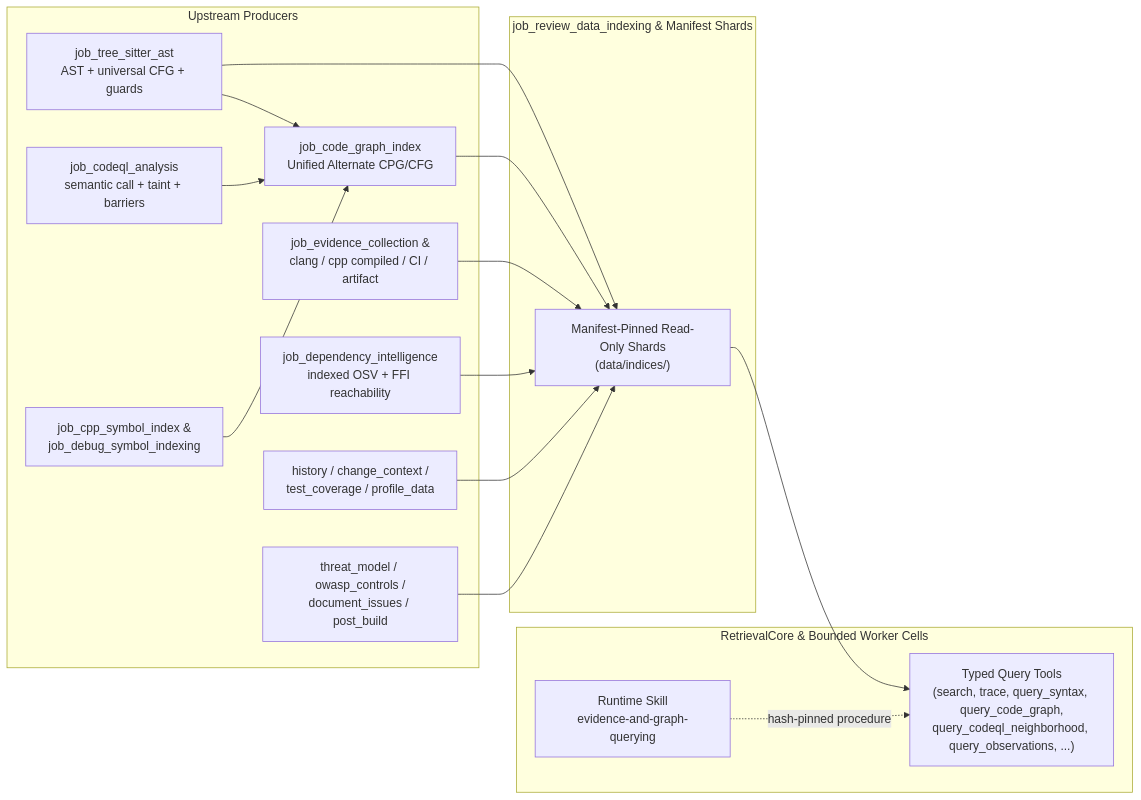
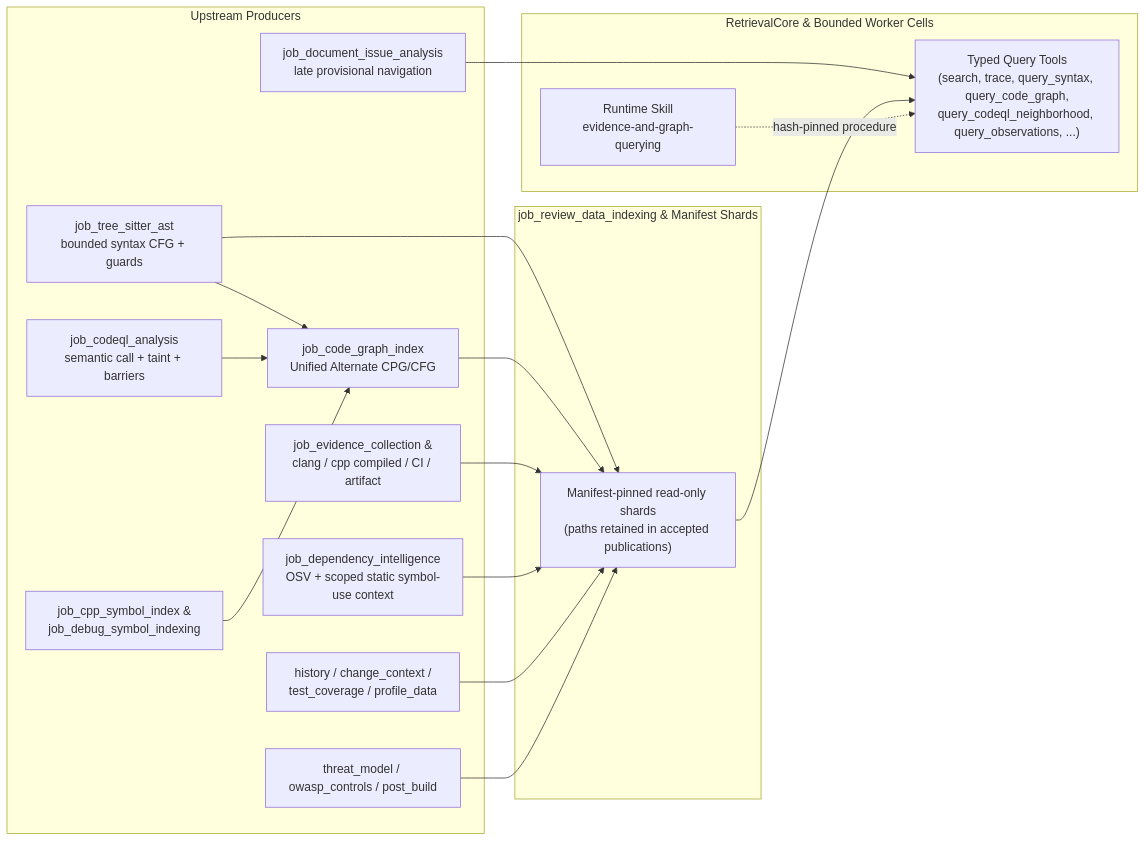
Before and after one commit to wsollers/appsec-review: the diagram in docs/architecture/querying-and-indexing-skills.md, drawn with Mermaid. The commit also changed other lines of this file and 24 other files, not shown here.

First line of the commit message:
Reconcile review and evidence architecture documentation

````diff
--- a/docs/architecture/querying-and-indexing-skills.md
+++ b/docs/architecture/querying-and-indexing-skills.md
@@ -44,34 +48,36 @@
 ```mermaid
 flowchart LR
   subgraph Producers["Upstream Producers"]
-    TS["job_tree_sitter_ast<br/>AST + universal CFG + guards"]
+    TS["job_tree_sitter_ast<br/>bounded syntax CFG + guards"]
     CQL["job_codeql_analysis<br/>semantic call + taint + barriers"]
     SYM["job_cpp_symbol_index &<br/>job_debug_symbol_indexing"]
     CGI["job_code_graph_index<br/>Unified Alternate CPG/CFG"]
     OBS["job_evidence_collection &<br/>clang / cpp compiled / CI / artifact"]
-    SCA["job_dependency_intelligence<br/>indexed OSV + FFI reachability"]
+    SCA["job_dependency_intelligence<br/>OSV + scoped static symbol-use context"]
     ENG["history / change_context /<br/>test_coverage / profile_data"]
-    SEC["threat_model / owasp_controls /<br/>document_issues / post_build"]
+    SEC["threat_model / owasp_controls / post_build"]
+    DOC["job_document_issue_analysis<br/>late provisional navigation"]
   end
 
   subgraph Index["job_review_data_indexing & Manifest Shards"]
-    RDI["Manifest-Pinned Read-Only Shards<br/>(data/indices/)"]
+    RDI["Manifest-pinned read-only shards<br/>(paths retained in accepted publications)"]
   end
 
   subgraph Consumers["RetrievalCore & Bounded Worker Cells"]
     TOOLS["Typed Query Tools<br/>(search, trace, query_syntax, query_code_graph,<br/>query_codeql_neighborhood, query_observations, ...)"]
     SKILLS["Runtime Skill<br/>evidence-and-graph-querying"]
   end
 
   TS --> CGI
   CQL --> CGI
   SYM --> CGI
   TS --> RDI
   CGI --> RDI
   OBS --> RDI
   SCA --> RDI
   ENG --> RDI
   SEC --> RDI
+  DOC --> TOOLS
   RDI --> TOOLS
   SKILLS -. "hash-pinned procedure" .-> TOOLS
 ```
````
